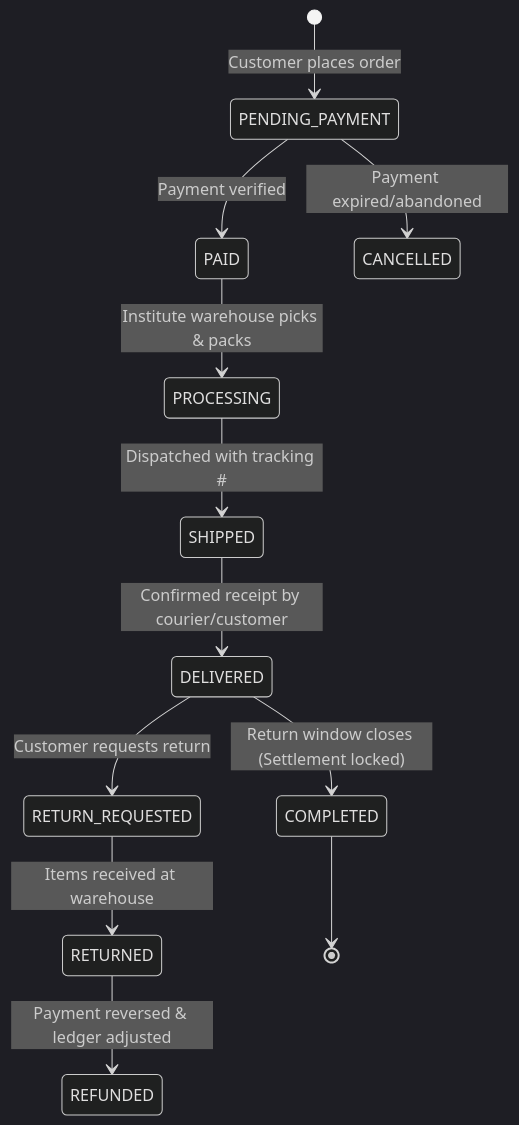
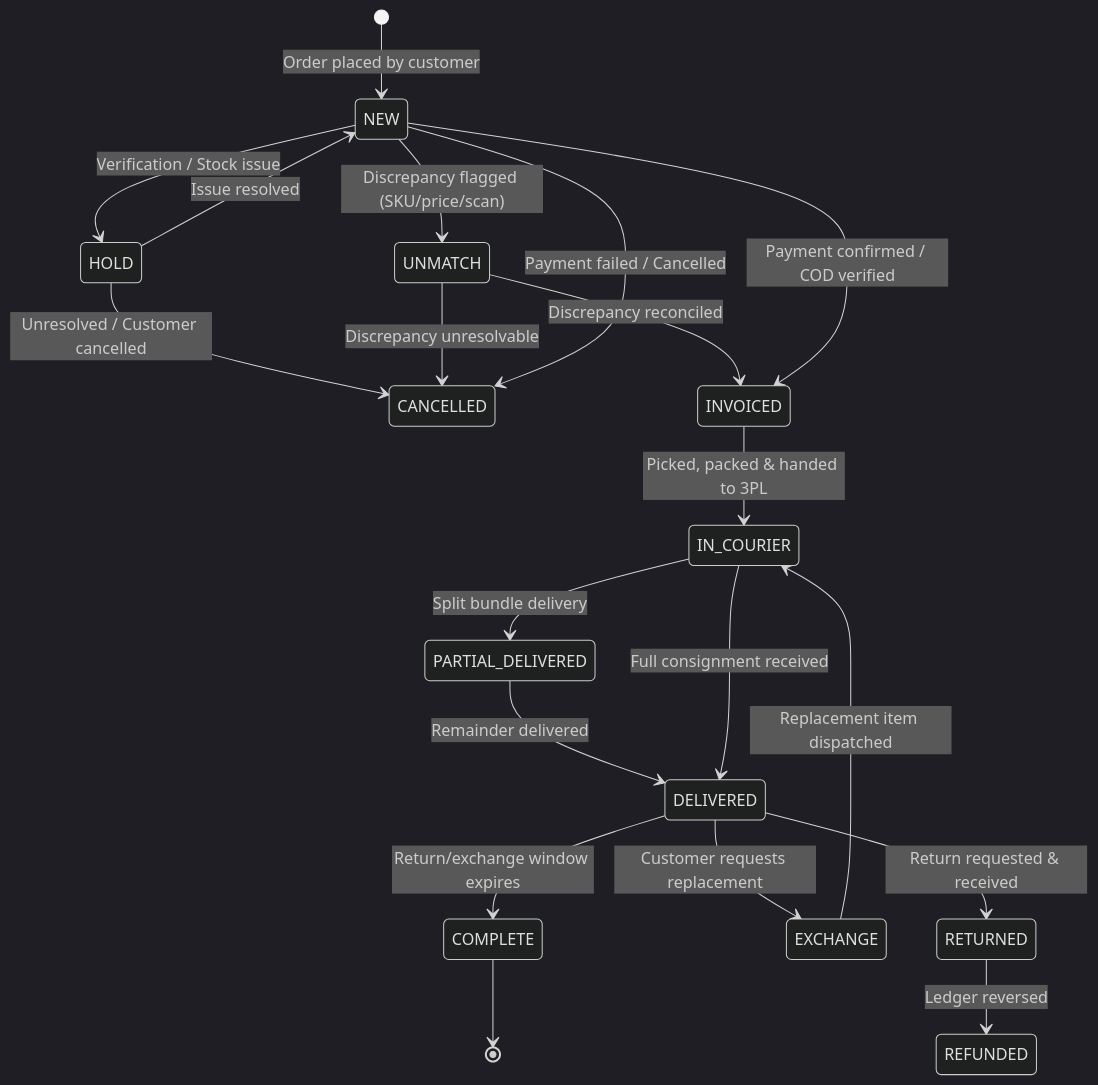
Before and after one commit to md-shadhin-mia/are-you-ready-to-sales: the third of 9 diagrams in docs/requirement_analysis.md, drawn with Mermaid (dark theme). The commit also changed other lines of this file and 341 other files, not shown here.

````diff
--- a/docs/requirement_analysis.md
+++ b/docs/requirement_analysis.md
@@ -168,14 +170,22 @@
 ```mermaid
 stateDiagram-v2
-    [*] --> PENDING_PAYMENT : Customer places order
-    PENDING_PAYMENT --> PAID : Payment verified
-    PENDING_PAYMENT --> CANCELLED : Payment expired/abandoned
-    PAID --> PROCESSING : Institute warehouse picks & packs
-    PROCESSING --> SHIPPED : Dispatched with tracking #
-    SHIPPED --> DELIVERED : Confirmed receipt by courier/customer
-    DELIVERED --> COMPLETED : Return window closes (Settlement locked)
-    DELIVERED --> RETURN_REQUESTED : Customer requests return
-    RETURN_REQUESTED --> RETURNED : Items received at warehouse
-    RETURNED --> REFUNDED : Payment reversed & ledger adjusted
-    COMPLETED --> [*]
+    [*] --> NEW : Order placed by customer
+    NEW --> HOLD : Verification / Stock issue
+    HOLD --> NEW : Issue resolved
+    HOLD --> CANCELLED : Unresolved / Customer cancelled
+    NEW --> UNMATCH : Discrepancy flagged (SKU/price/scan)
+    UNMATCH --> INVOICED : Discrepancy reconciled
+    UNMATCH --> CANCELLED : Discrepancy unresolvable
+    NEW --> INVOICED : Payment confirmed / COD verified
+    INVOICED --> IN_COURIER : Picked, packed & handed to 3PL
+    IN_COURIER --> PARTIAL_DELIVERED : Split bundle delivery
+    PARTIAL_DELIVERED --> DELIVERED : Remainder delivered
+    IN_COURIER --> DELIVERED : Full consignment received
+    DELIVERED --> COMPLETE : Return/exchange window expires
+    DELIVERED --> EXCHANGE : Customer requests replacement
+    EXCHANGE --> IN_COURIER : Replacement item dispatched
+    DELIVERED --> RETURNED : Return requested & received
+    RETURNED --> REFUNDED : Ledger reversed
+    NEW --> CANCELLED : Payment failed / Cancelled
+    COMPLETE --> [*]
 ```
````
